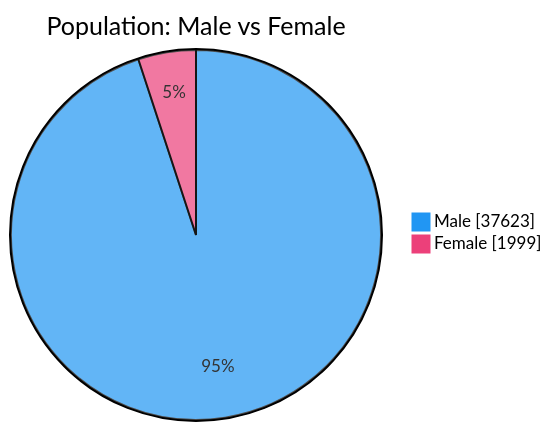
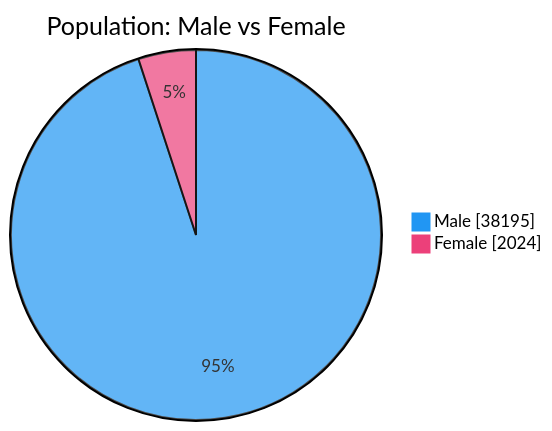
Before and after one commit to nuuuwan/lk_prisons: the second of 7 diagrams in README.md, drawn with Mermaid. The commit also changed other lines of this file and 1 other file, not shown here.

````diff
--- a/README.md
+++ b/README.md
@@ -54,6 +54,6 @@
 ```mermaid
 %%{init: {'themeVariables': {'pie1': '#2196F3', 'pie2': '#EC407A'}}}%%
 pie showData title Population: Male vs Female
-    "Male" : 37623
-    "Female" : 1999
+    "Male" : 38195
+    "Female" : 2024
 ```
````
